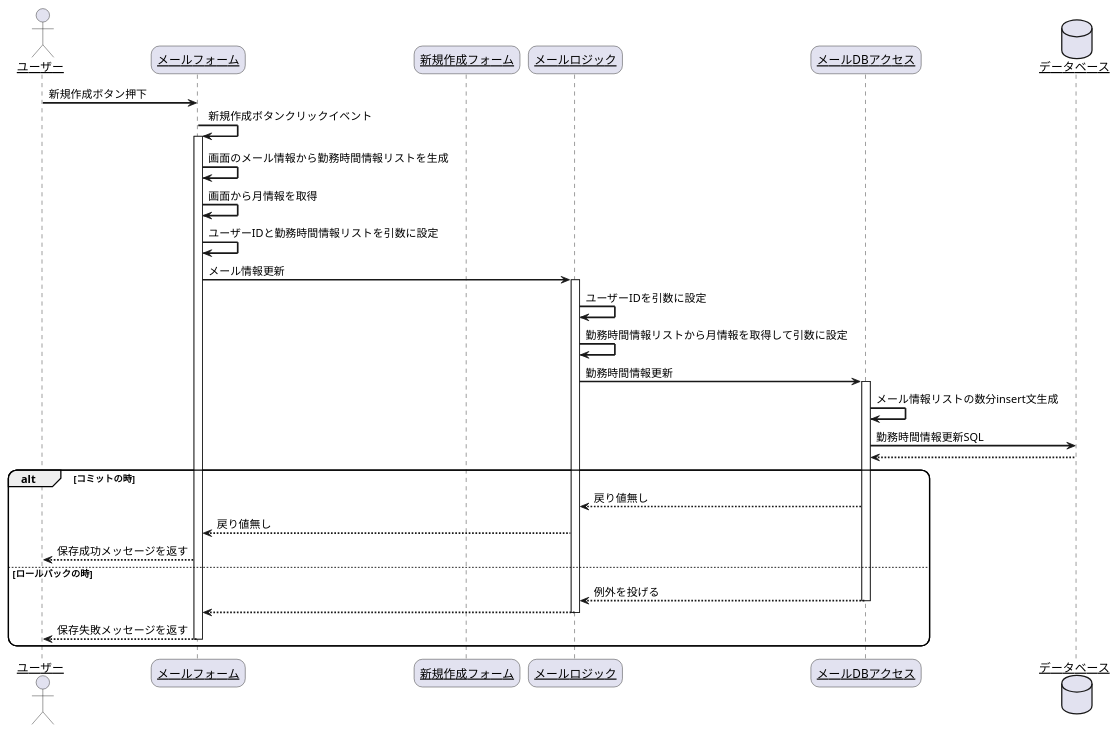
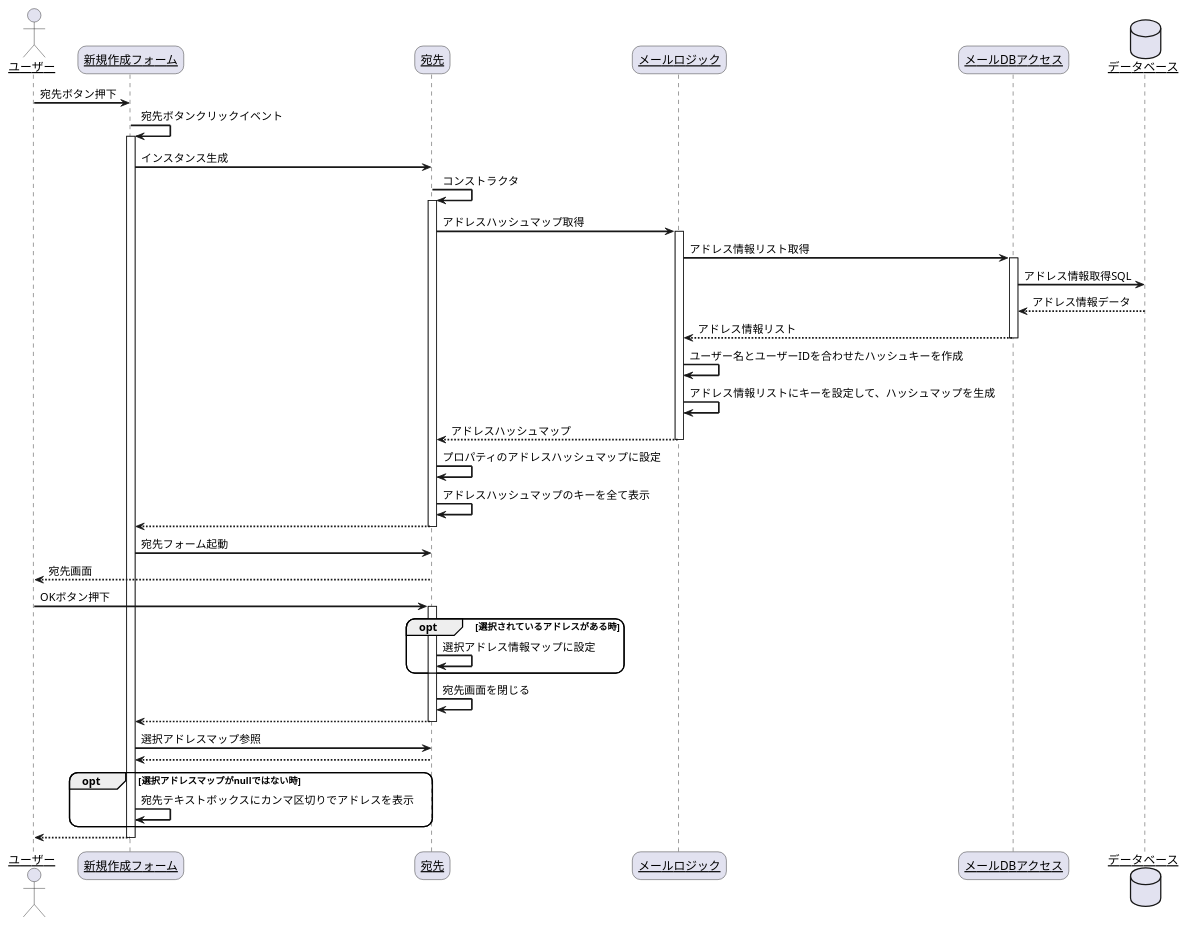
One commit to R-SAIKI/practiceUML changed the diagram in シーケンス図/メール/メール_宛先.pu. Above: the diagram before and after it, drawn with PlantUML. The commit also changed 9 other files, not shown here.

```diff
--- a/シーケンス図/メール/メール_宛先.pu
+++ b/シーケンス図/メール/メール_宛先.pu
@@ -1,42 +1,55 @@
 @startuml
 skinparam sequenceArrowThickness 2
 skinparam roundcorner 20
 skinparam maxmessagesize 60
 skinparam sequenceParticipant underline
 
 actor "ユーザー" as user
-participant "メールフォーム" as mail_form
 participant "新規作成フォーム" as mail_create_form
+participant "宛先" as adress_form
 participant "メールロジック" as mail_logic
 participant "メールDBアクセス" as mail_data_acces
 database "データベース" as db
 
-user -> mail_form: 新規作成ボタン押下
-mail_form -> mail_form: 新規作成ボタンクリックイベント
-activate mail_form
-mail_form -> mail_form: 画面のメール情報から勤務時間情報リストを生成
-mail_form -> mail_form: 画面から月情報を取得
-mail_form -> mail_form: ユーザーIDと勤務時間情報リストを引数に設定
-mail_form -> mail_logic: メール情報更新
+user -> mail_create_form: 宛先ボタン押下
+mail_create_form -> mail_create_form: 宛先ボタンクリックイベント
+activate mail_create_form
+mail_create_form -> adress_form: インスタンス生成
+adress_form -> adress_form: コンストラクタ
+activate adress_form
+adress_form -> mail_logic: アドレスハッシュマップ取得
 activate mail_logic
-mail_logic -> mail_logic: ユーザーIDを引数に設定
-mail_logic -> mail_logic: 勤務時間情報リストから月情報を取得して引数に設定
-mail_logic -> mail_data_acces: 勤務時間情報更新
+mail_logic -> mail_data_acces: アドレス情報リスト取得
 activate mail_data_acces
-mail_data_acces -> mail_data_acces: メール情報リストの数分insert文生成
-mail_data_acces -> db: 勤務時間情報更新SQL
-db --> mail_data_acces:
-alt コミットの時
-    mail_data_acces --> mail_logic: 戻り値無し
-    mail_logic --> mail_form: 戻り値無し
-    mail_form --> user:保存成功メッセージを返す
-else ロールバックの時
-    mail_data_acces --> mail_logic: 例外を投げる
-    deactivate mail_data_acces
-    mail_logic --> mail_form: 
-    deactivate mail_logic
-    mail_form --> user:保存失敗メッセージを返す
-    deactivate mail_form
+mail_data_acces -> db: アドレス情報取得SQL
+db --> mail_data_acces: アドレス情報データ
+mail_data_acces --> mail_logic: アドレス情報リスト
+deactivate mail_data_acces
+mail_logic -> mail_logic: ユーザー名とユーザーIDを合わせたハッシュキーを作成
+mail_logic -> mail_logic: アドレス情報リストにキーを設定して、ハッシュマップを生成
+mail_logic --> adress_form: アドレスハッシュマップ
+deactivate mail_logic
+adress_form -> adress_form: プロパティのアドレスハッシュマップに設定
+adress_form -> adress_form: アドレスハッシュマップのキーを全て表示
+adress_form --> mail_create_form: 
+deactivate adress_form
+mail_create_form -> adress_form: 宛先フォーム起動
+adress_form --> user: 宛先画面 
+
+user -> adress_form: OKボタン押下
+activate adress_form
+opt 選択されているアドレスがある時
+    adress_form -> adress_form: 選択アドレス情報マップに設定
 end
+adress_form -> adress_form: 宛先画面を閉じる
+adress_form --> mail_create_form: 
+deactivate adress_form
+mail_create_form -> adress_form: 選択アドレスマップ参照
+adress_form --> mail_create_form: 
+opt 選択アドレスマップがnullではない時
+    mail_create_form -> mail_create_form: 宛先テキストボックスにカンマ区切りでアドレスを表示
+end
+mail_create_form --> user: 
+deactivate mail_create_form
 
 @enduml
```
